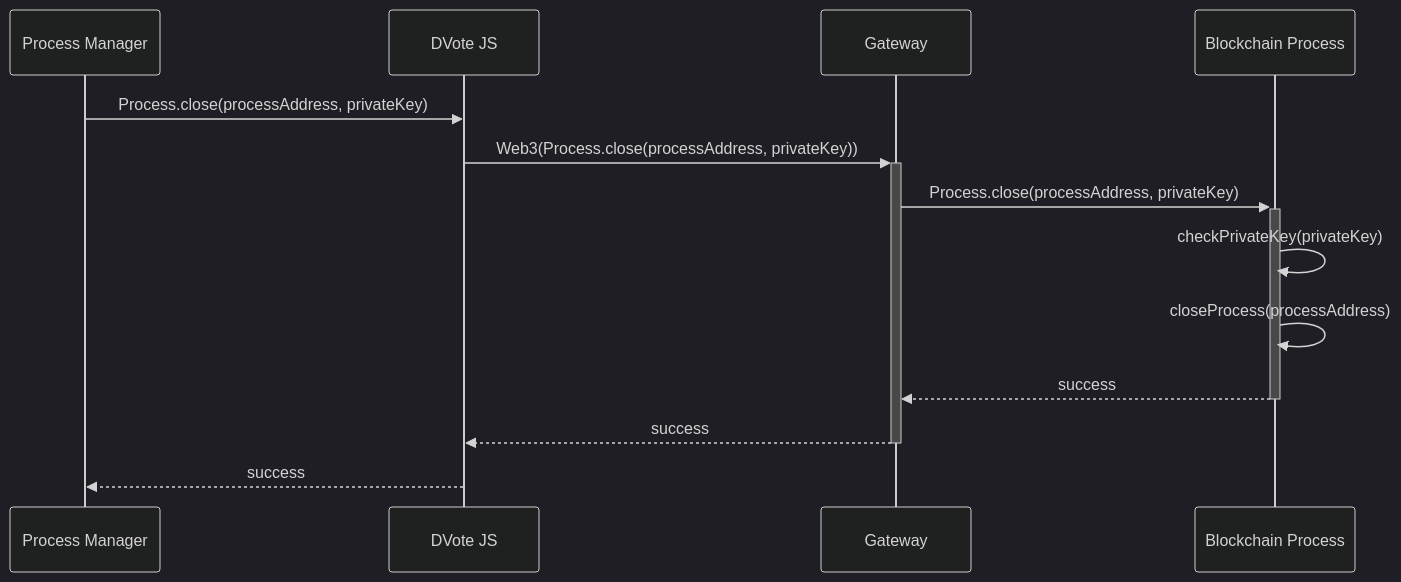
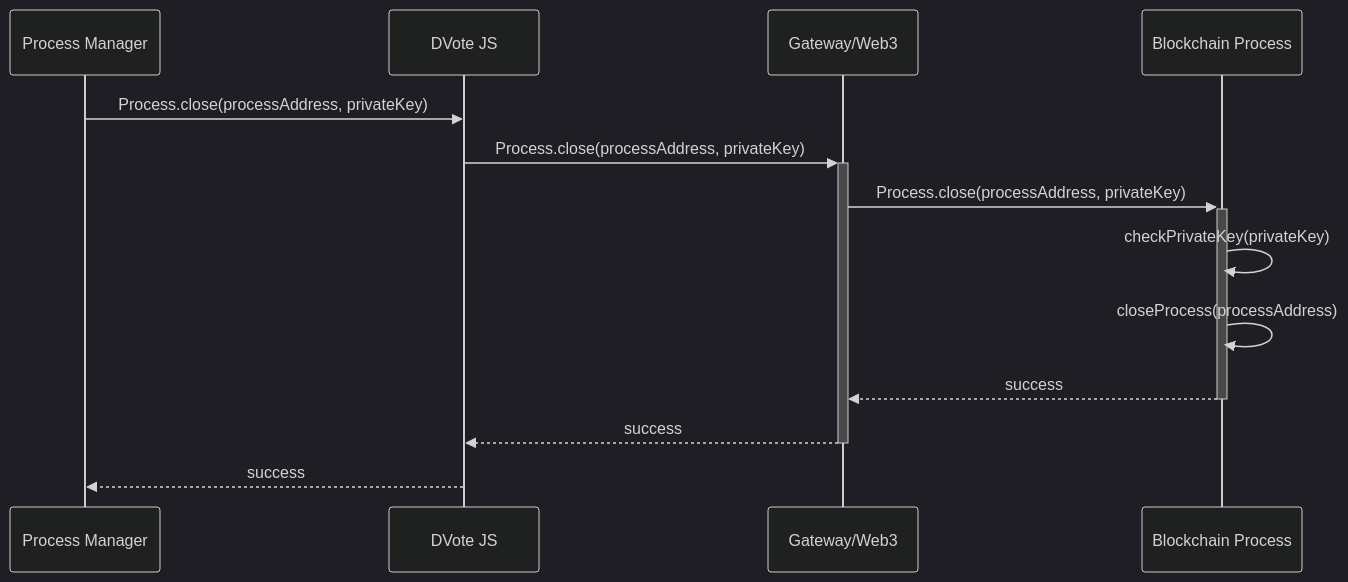
One commit to vocdoni/docs changed diagram 14 of 15 in docs/protocol/sequence-diagrams.md. Above: the diagram before and after it, drawn with Mermaid (dark theme). The commit also changed other lines of this file and 1 other file, not shown here.

Commit message:
added addCensusClaim, getCensusRoot, censusDump to GW RPC methods, updated sequence dias to show Web3 as available enpoint

````diff
--- a/docs/protocol/sequence-diagrams.md
+++ b/docs/protocol/sequence-diagrams.md
@@ -551,20 +551,20 @@
 ```mermaid
 sequenceDiagram
     participant PM as Process Manager
     participant DV as DVote JS
-    participant GW as Gateway
+    participant GW as Gateway/Web3
     participant BC as Blockchain Process
 
     PM->>DV: Process.close(processAddress, privateKey)
 
-        DV->>+GW: Web3(Process.close(processAddress, privateKey))
+        DV->>+GW: Process.close(processAddress, privateKey)
         GW->>+BC: Process.close(processAddress, privateKey)
 
             BC->>BC: checkPrivateKey(privateKey)
             BC->>BC: closeProcess(processAddress)
 
         BC-->>-GW: success
         GW-->>-DV: success
 
     DV-->>PM: success
 ```
````
